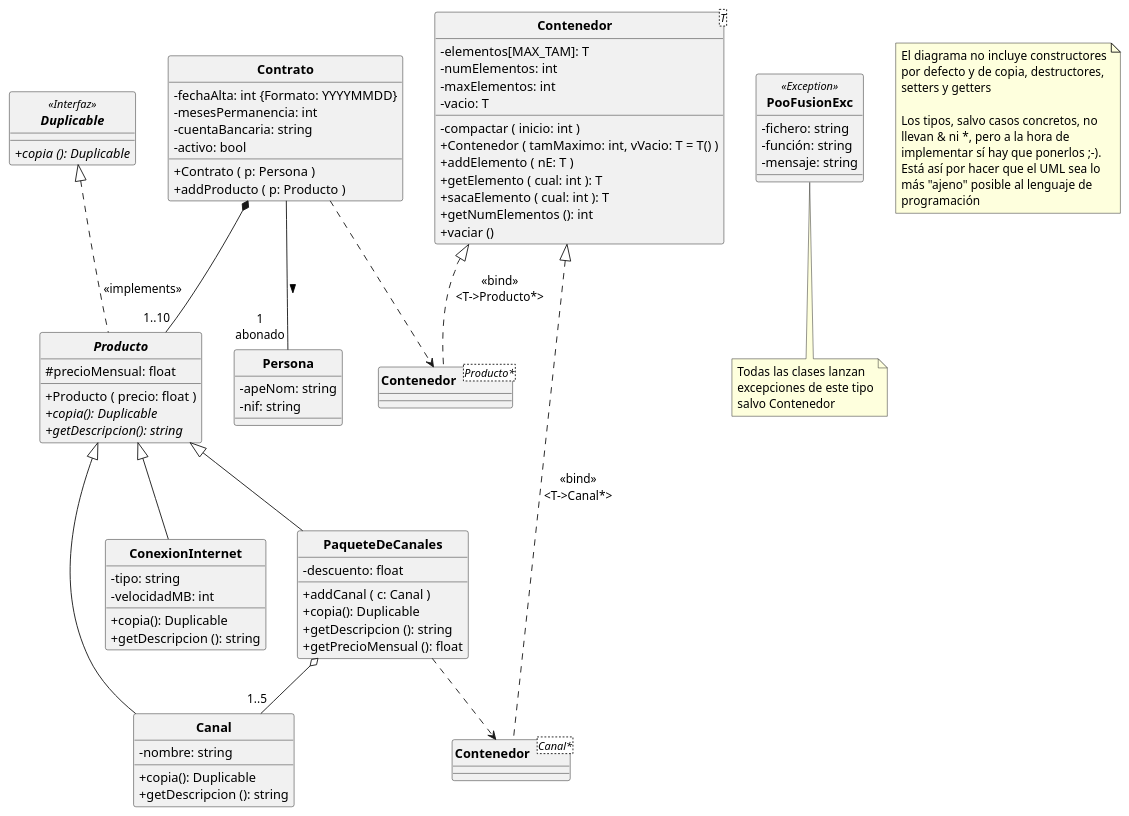
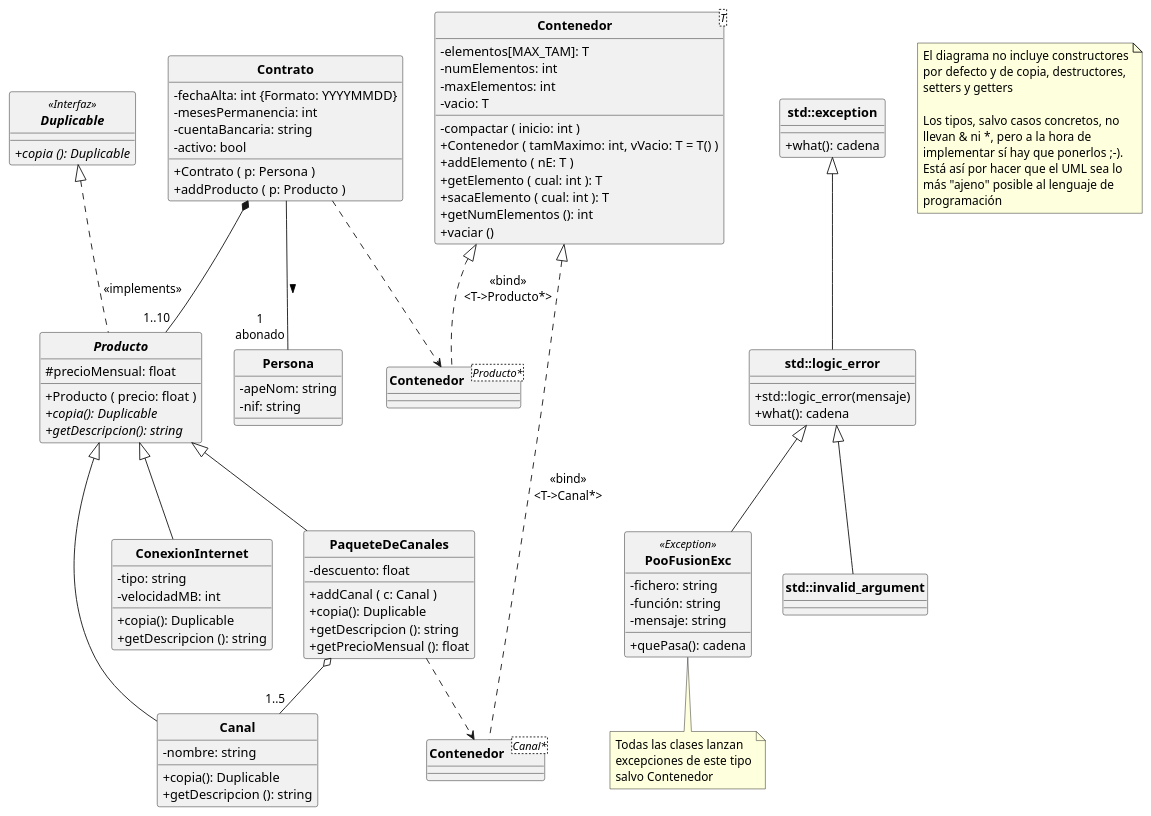
One commit to POOUJA/PooFusion changed the diagram in PooFusion.puml. Above: the diagram before and after it, drawn with PlantUML. The commit also changed 2 other files, not shown here.

Commit message:
Incluida jerarquía de excepciones STL en diagramas UML
- Cambios en ficheros plantuml y umlet
- Añadido fichero umlet para visualización en NB (Important Files)

```diff
--- a/PooFusion.puml
+++ b/PooFusion.puml
@@ -1,112 +1,122 @@
 @startuml
 
 hide circle
 skinparam classattributeiconsize 0
 skinparam classFontStyle bold
 
 interface Duplicable<<Interfaz>> {
    + {abstract} copia (): Duplicable
 }
 
 class Persona {
    - apeNom: string
    - nif: string
 }
 
 class Contrato {
    - fechaAlta: int {Formato: YYYYMMDD}
    - mesesPermanencia: int
    - cuentaBancaria: string
    - activo: bool
    + Contrato ( p: Persona )
    + addProducto ( p: Producto )
 }
 
 abstract class Producto {
    # precioMensual: float
    + Producto ( precio: float )
    + {abstract} copia(): Duplicable
    + {abstract} getDescripcion(): string
 }
 
 class ConexionInternet {
    - tipo: string
    - velocidadMB: int
    + copia(): Duplicable
    + getDescripcion (): string
 }
 
 class Canal {
    - nombre: string
    + copia(): Duplicable
    + getDescripcion (): string
 }
 
 class PaqueteDeCanales {
    - descuento: float
    + addCanal ( c: Canal )
    + copia(): Duplicable
    + getDescripcion (): string
    + getPrecioMensual (): float
 }
 
 class Contenedor<T> {
    - elementos[MAX_TAM]: T
    - numElementos: int
    - maxElementos: int
    - vacio: T
 
    - compactar ( inicio: int )
    + Contenedor ( tamMaximo: int, vVacio: T = T() )
    + addElemento ( nE: T )
    + getElemento ( cual: int ): T
    + sacaElemento ( cual: int ): T
    + getNumElementos (): int
    + vaciar ()
 }
 
-class PooFusionExc<<Exception>> {
+class PooFusionExc<<Exception>> extends std::logic_error{
    - fichero: string
    - función: string
    - mensaje: string
+   + quePasa(): cadena
 }
-
-note bottom
+note bottom of PooFusionExc
    Todas las clases lanzan
    excepciones de este tipo
    salvo Contenedor
 end note
+
+class std::exception {
+  + what(): cadena
+}
+
+class std::logic_error extends std::exception {
+  +std::logic_error(mensaje)
+  + what(): cadena
+}
+class std::invalid_argument extends std::logic_error
 
 class "Contenedor<Canal*>" as CC {
 }
 
 class "Contenedor<Producto*>" as CP{
 }
 
 
 Contrato -- "1\nabonado" Persona: >
 Producto <|-- ConexionInternet 
 Producto <|-- Canal
 Producto <|-- PaqueteDeCanales
 Contenedor <|.. CP: <<bind>>\n<T->Producto*>
 Contrato ..> CP
 Contrato *-- "1..10" Producto
 Duplicable <|.. Producto: <<implements>>
 Contenedor <|.. CC: <<bind>>\n<T->Canal*>
 PaqueteDeCanales o-- "1..5"Canal
 PaqueteDeCanales ..> CC
 
 note as Nota1
    El diagrama no incluye constructores
    por defecto y de copia, destructores,
    setters y getters
 
    Los tipos, salvo casos concretos, no
    llevan & ni *, pero a la hora de
    implementar sí hay que ponerlos ;-). 
    Está así por hacer que el UML sea lo
    más "ajeno" posible al lenguaje de
    programación
 end note
 
 @enduml
```
